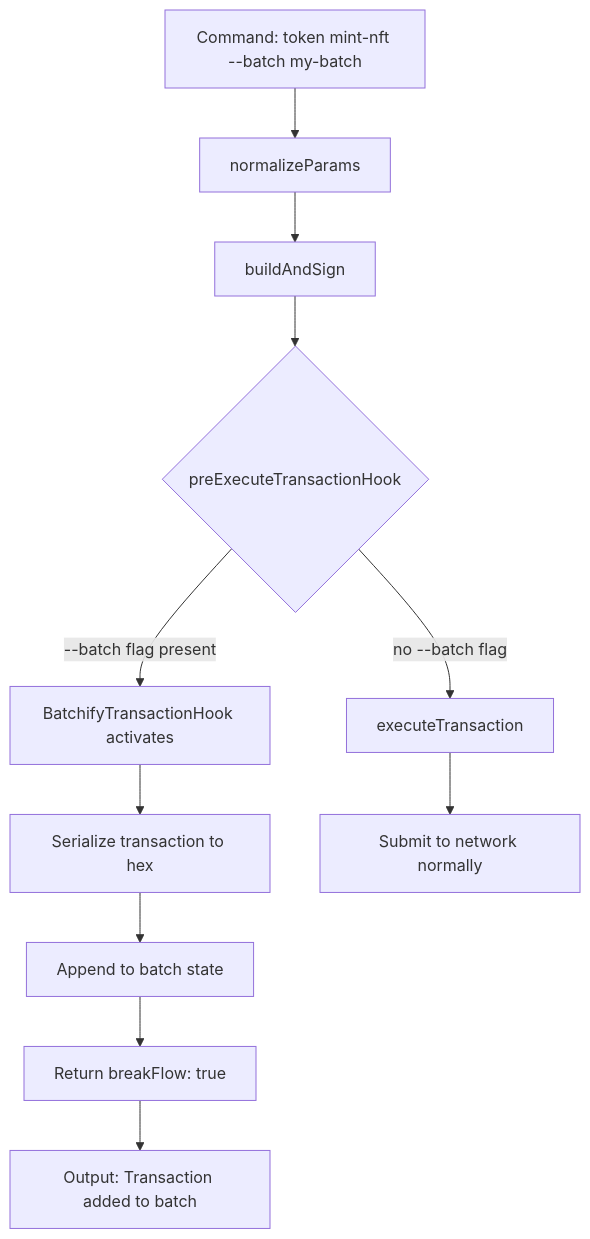
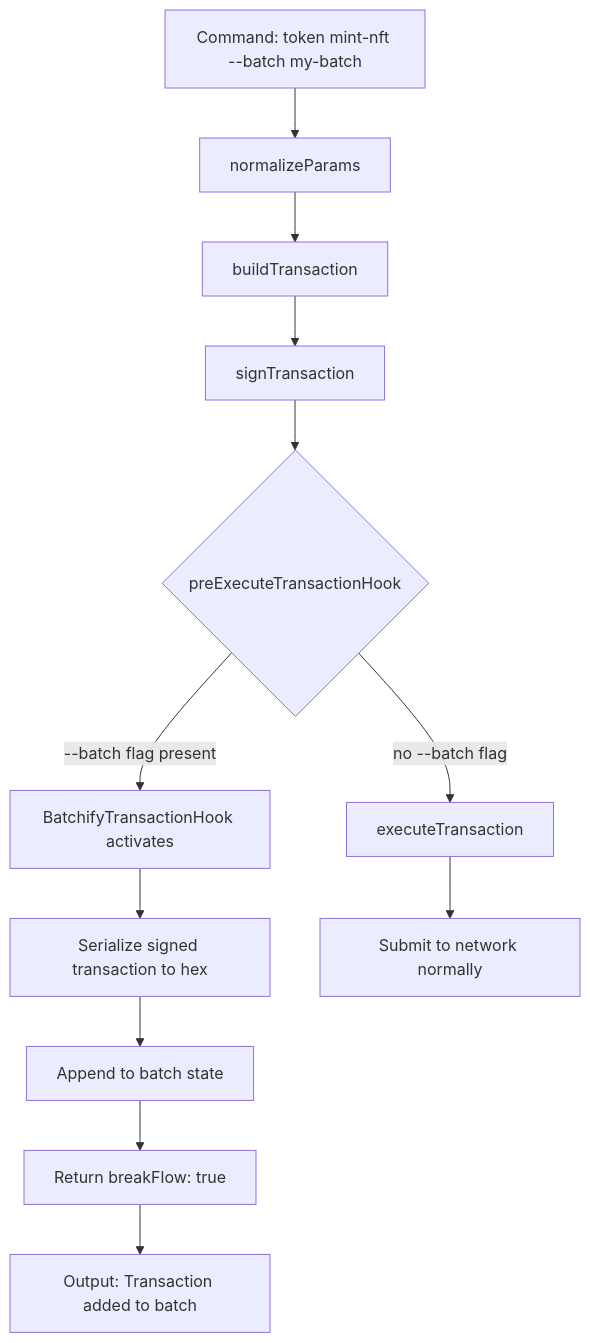
Before and after one commit to hiero-ledger/hiero-cli: the second of 2 diagrams in docs/adr/ADR-010-batch-transaction-plugin.md, drawn with Mermaid. The commit also changed other lines of this file, not shown here.

````diff
--- a/docs/adr/ADR-010-batch-transaction-plugin.md
+++ b/docs/adr/ADR-010-batch-transaction-plugin.md
@@ -433,13 +499,14 @@
 ```mermaid
 flowchart TD
     A["Command: token mint-nft --batch my-batch"] --> B[normalizeParams]
-    B --> C[buildAndSign]
-    C --> D{"preExecuteTransactionHook"}
+    B --> C[buildTransaction]
+    C --> C2[signTransaction]
+    C2 --> D{"preExecuteTransactionHook"}
     D -->|"--batch flag present"| E[BatchifyTransactionHook activates]
-    E --> F[Serialize transaction to hex]
+    E --> F[Serialize signed transaction to hex]
     F --> G[Append to batch state]
     G --> H["Return breakFlow: true"]
     H --> I["Output: Transaction added to batch"]
     D -->|"no --batch flag"| J[executeTransaction]
     J --> K[Submit to network normally]
 ```
````
